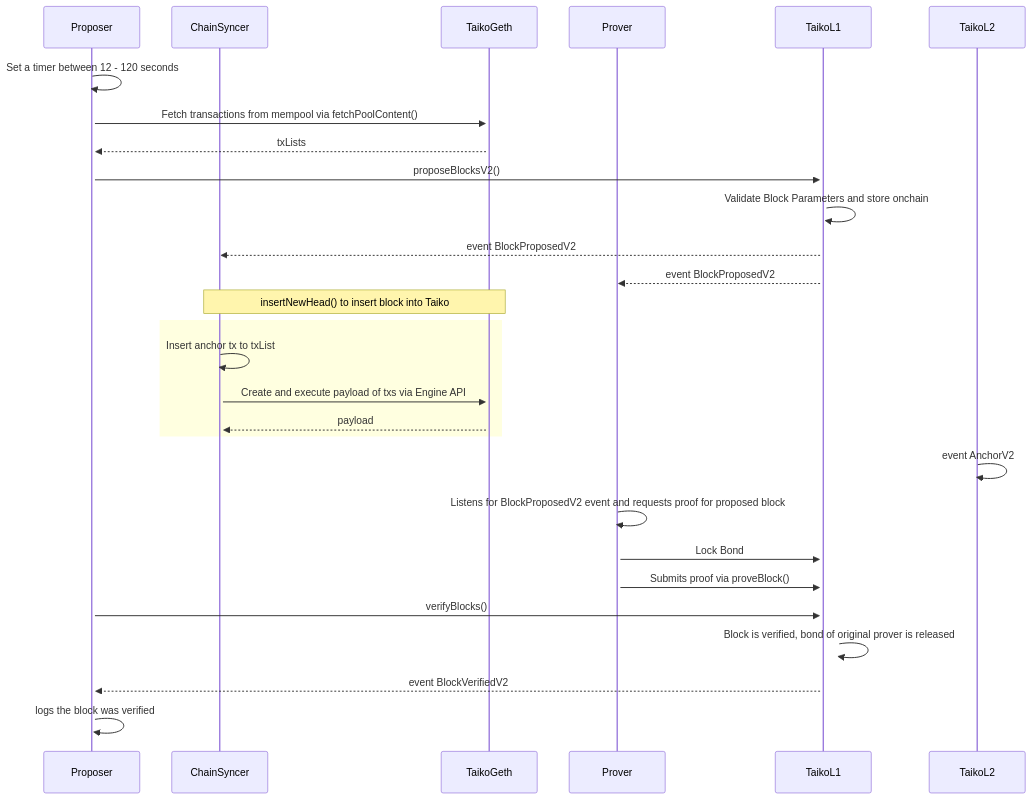
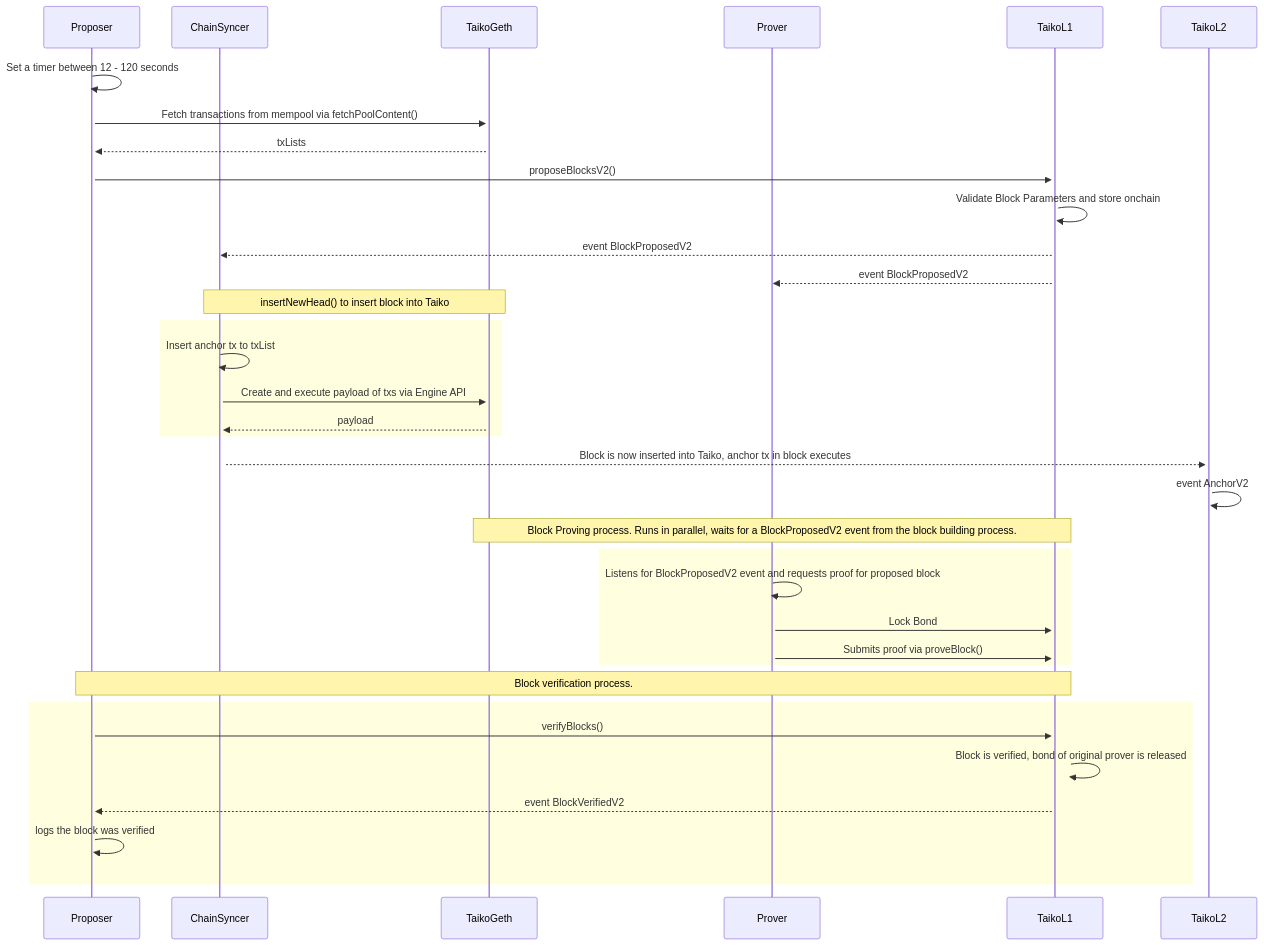
Before and after one commit to fahimahmedx/taiko-block-building: the diagram in diagram.MD, drawn with Mermaid.

Commit message:
organize block proving and block verifying flows

````diff
--- a/diagram.MD
+++ b/diagram.MD
@@ -1,32 +1,39 @@
 ```mermaid
 sequenceDiagram
 participant Proposer
 participant ChainSyncer
 participant TaikoGeth
 participant Prover
 participant TaikoL1
 participant TaikoL2
 
 
 Proposer->>+Proposer: Set a timer between 12 - 120 seconds
 Proposer->>+TaikoGeth: Fetch transactions from mempool via fetchPoolContent()
 TaikoGeth-->>Proposer: txLists
 Proposer->>+TaikoL1: proposeBlocksV2()
 TaikoL1->>+TaikoL1: Validate Block Parameters and store onchain
 TaikoL1-->>ChainSyncer: event BlockProposedV2
 TaikoL1-->>Prover: event BlockProposedV2
 note over ChainSyncer,TaikoGeth: insertNewHead() to insert block into Taiko
 rect LightYellow
 ChainSyncer->>+ChainSyncer: Insert anchor tx to txList
 ChainSyncer->>+TaikoGeth: Create and execute payload of txs via Engine API
 TaikoGeth-->>+ChainSyncer: payload
 end
+ChainSyncer-->>+TaikoL2: Block is now inserted into Taiko, anchor tx in block executes
 TaikoL2->>+TaikoL2: event AnchorV2
+note over TaikoGeth,TaikoL1: Block Proving process. Runs in parallel, waits for a BlockProposedV2 event from the block building process.
+rect LightYellow
 Prover->>+Prover: Listens for BlockProposedV2 event and requests proof for proposed block
 Prover->>+TaikoL1: Lock Bond
 Prover->>+TaikoL1: Submits proof via proveBlock()
+end
+note over Proposer,TaikoL1: Block verification process.
+rect LightYellow
 Proposer->>+TaikoL1: verifyBlocks()
 TaikoL1->>+TaikoL1: Block is verified, bond of original prover is released
 TaikoL1-->>Proposer: event BlockVerifiedV2
 Proposer->>+Proposer: logs the block was verified
+end
 ```
````
